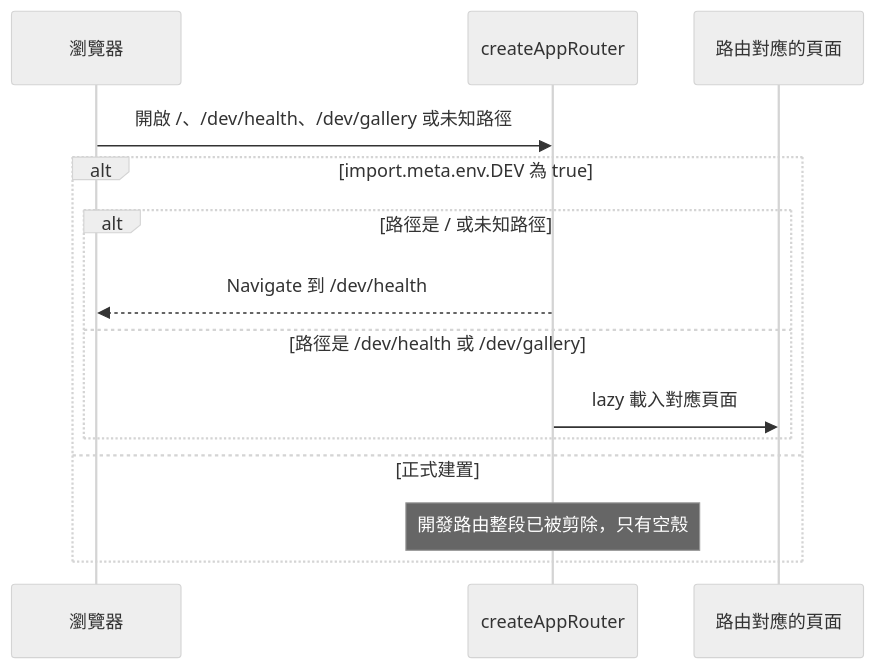
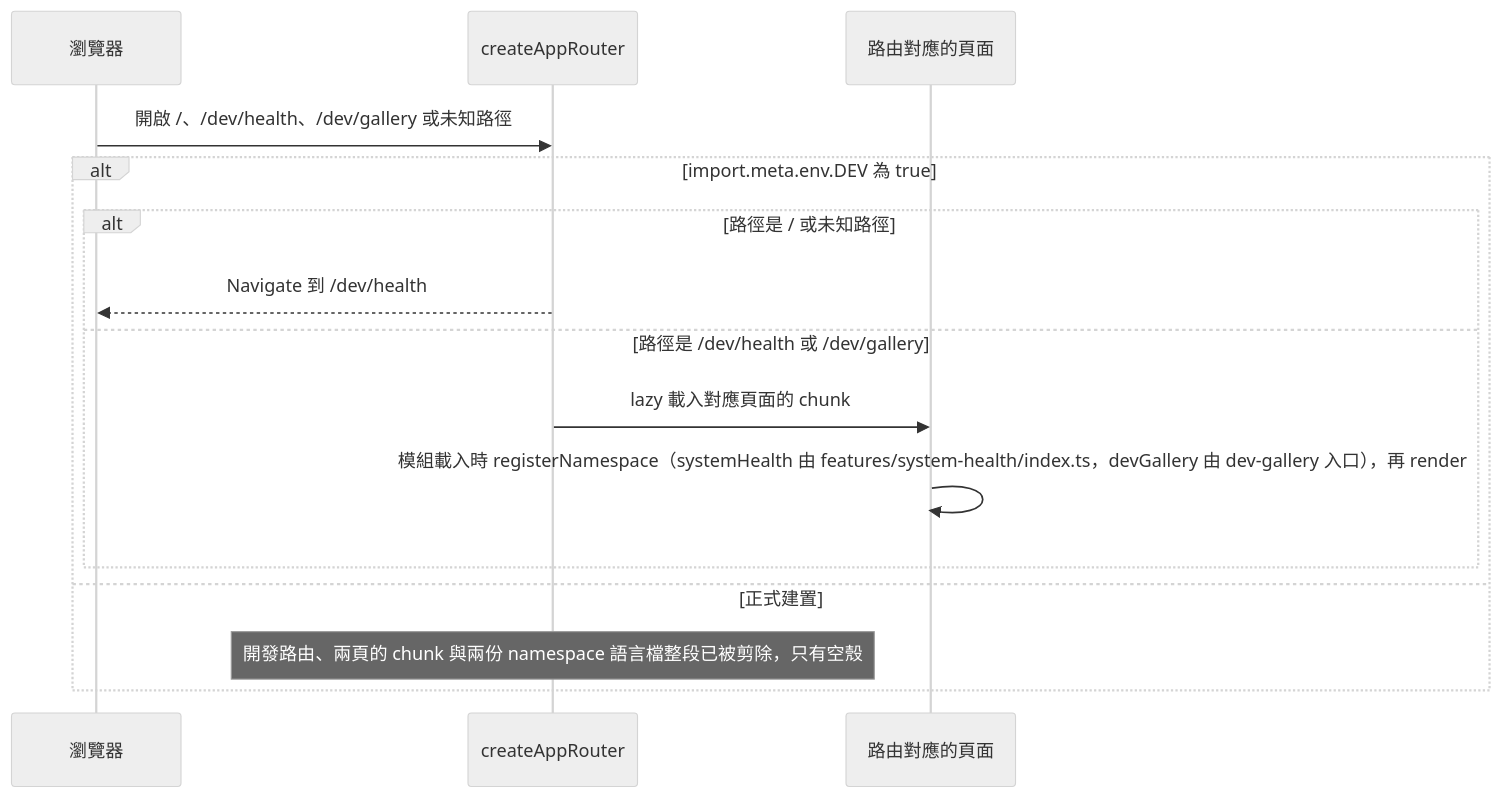
One commit to label-suite/label-suite changed the tenth of 14 diagrams in openspec/changes/frontend-skeleton/system-design.md. Above: the diagram before and after it, drawn with Mermaid (neutral theme). The commit also changed other lines of this file and 2 other files, not shown here.

````diff
--- a/openspec/changes/frontend-skeleton/system-design.md
+++ b/openspec/changes/frontend-skeleton/system-design.md
@@ -714,16 +753,17 @@
 ```mermaid
 sequenceDiagram
   participant Client as 瀏覽器
   participant Router as createAppRouter
   participant Page as 路由對應的頁面
   Client->>Router: 開啟 /、/dev/health、/dev/gallery 或未知路徑
   alt import.meta.env.DEV 為 true
     alt 路徑是 / 或未知路徑
       Router-->>Client: Navigate 到 /dev/health
     else 路徑是 /dev/health 或 /dev/gallery
-      Router->>Page: lazy 載入對應頁面
+      Router->>Page: lazy 載入對應頁面的 chunk
+      Page->>Page: 模組載入時 registerNamespace（systemHealth 由 features/system-health/index.ts，devGallery 由 dev-gallery 入口），再 render
     end
   else 正式建置
-    Note over Router: 開發路由整段已被剪除，只有空殼
+    Note over Router: 開發路由、兩頁的 chunk 與兩份 namespace 語言檔整段已被剪除，只有空殼
   end
 ```
````
